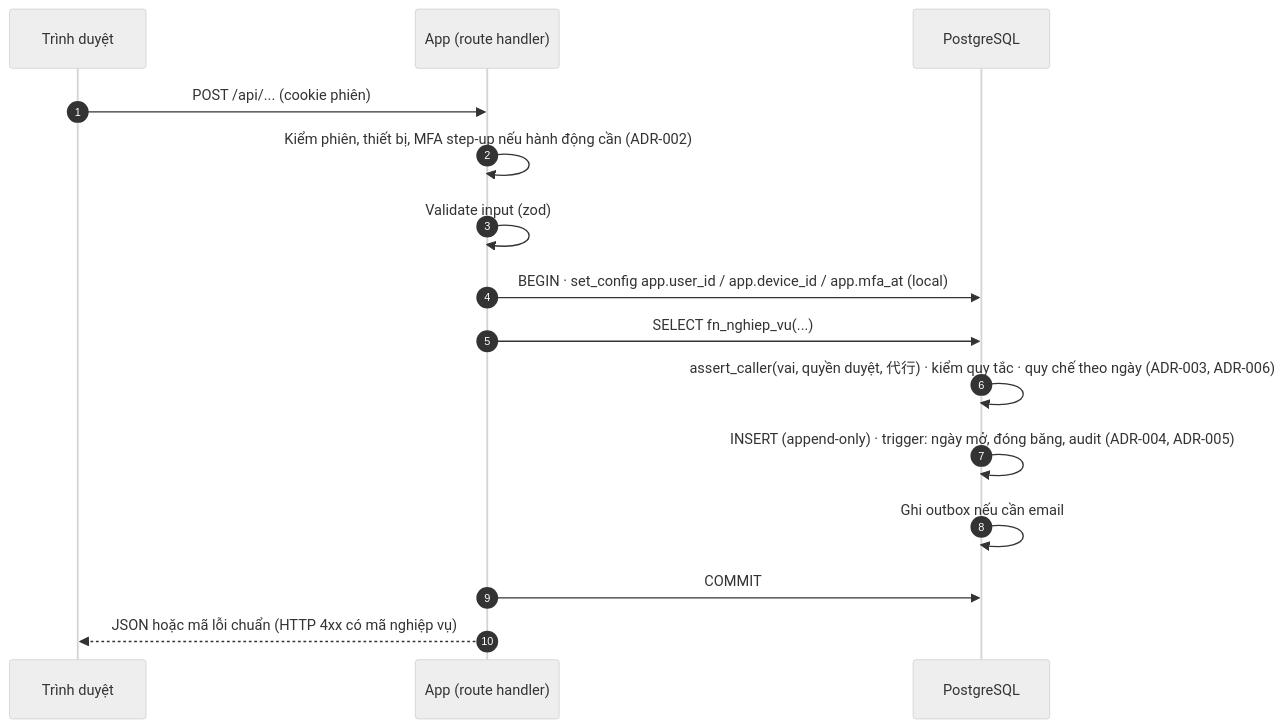
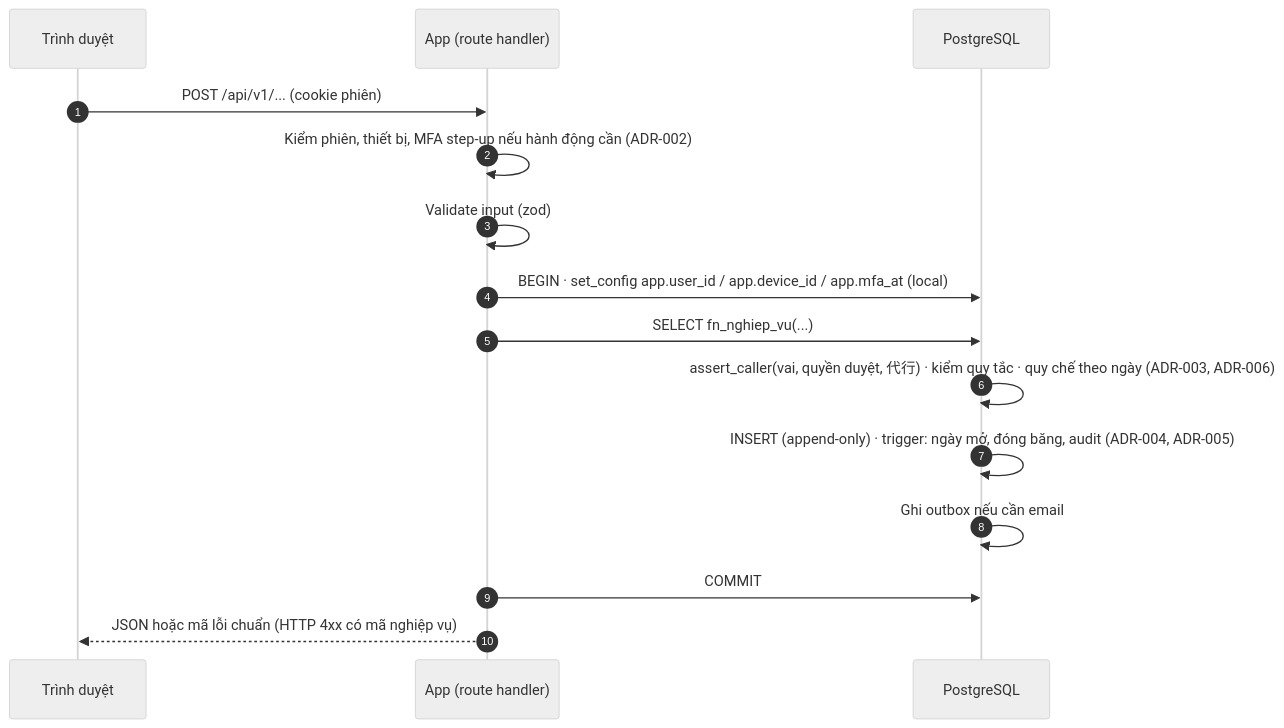
One commit to phuongnnm-23344/lab-wholesale-market changed the fourth of 5 diagrams in architecture/ARCHITECTURE.md. Above: the diagram before and after it, drawn with Mermaid (neutral theme). The commit also changed other lines of this file and 15 other files, not shown here.

````diff
--- a/architecture/ARCHITECTURE.md
+++ b/architecture/ARCHITECTURE.md
@@ -179,17 +179,17 @@
 ```mermaid
 sequenceDiagram
   autonumber
   participant U as Trình duyệt
   participant A as App (route handler)
   participant D as PostgreSQL
-  U->>A: POST /api/... (cookie phiên)
+  U->>A: POST /api/v1/... (cookie phiên)
   A->>A: Kiểm phiên, thiết bị, MFA step-up nếu hành động cần (ADR-002)
   A->>A: Validate input (zod)
   A->>D: BEGIN · set_config app.user_id / app.device_id / app.mfa_at (local)
   A->>D: SELECT fn_nghiep_vu(...)
   D->>D: assert_caller(vai, quyền duyệt, 代行) · kiểm quy tắc · quy chế theo ngày (ADR-003, ADR-006)
   D->>D: INSERT (append-only) · trigger: ngày mở, đóng băng, audit (ADR-004, ADR-005)
   D->>D: Ghi outbox nếu cần email
   A->>D: COMMIT
   A-->>U: JSON hoặc mã lỗi chuẩn (HTTP 4xx có mã nghiệp vụ)
 ```
````
